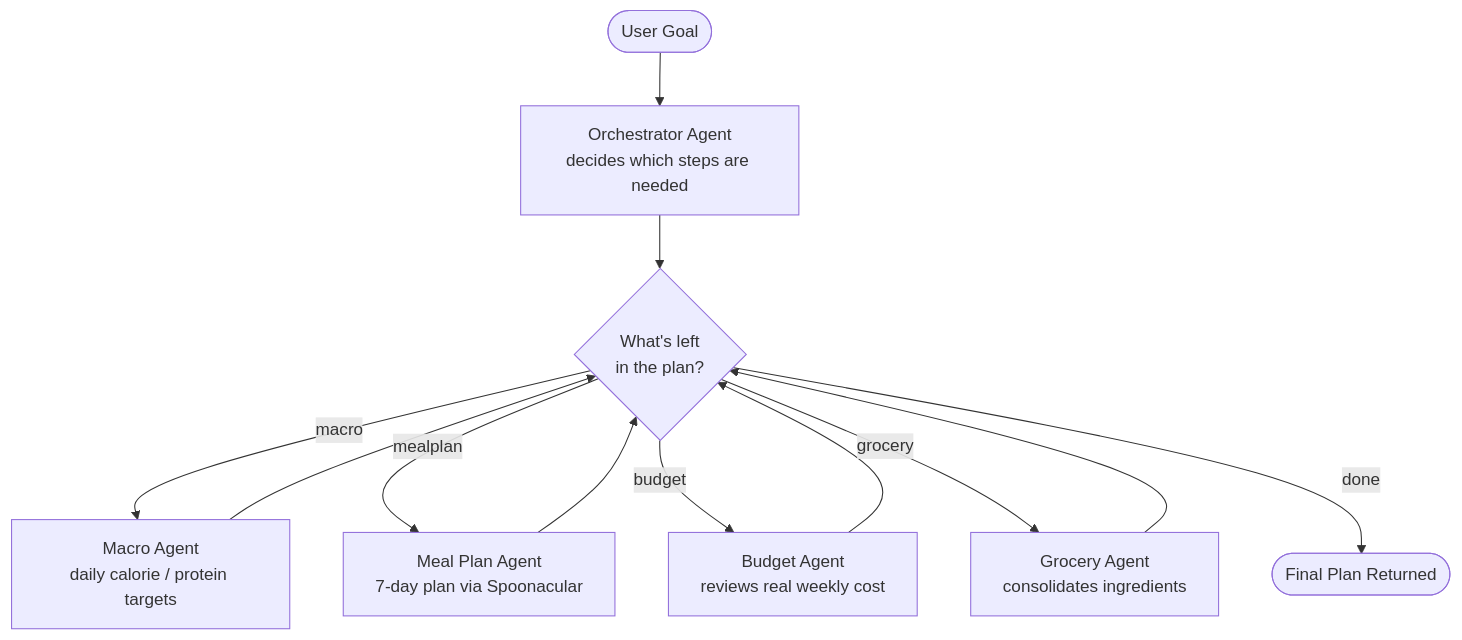
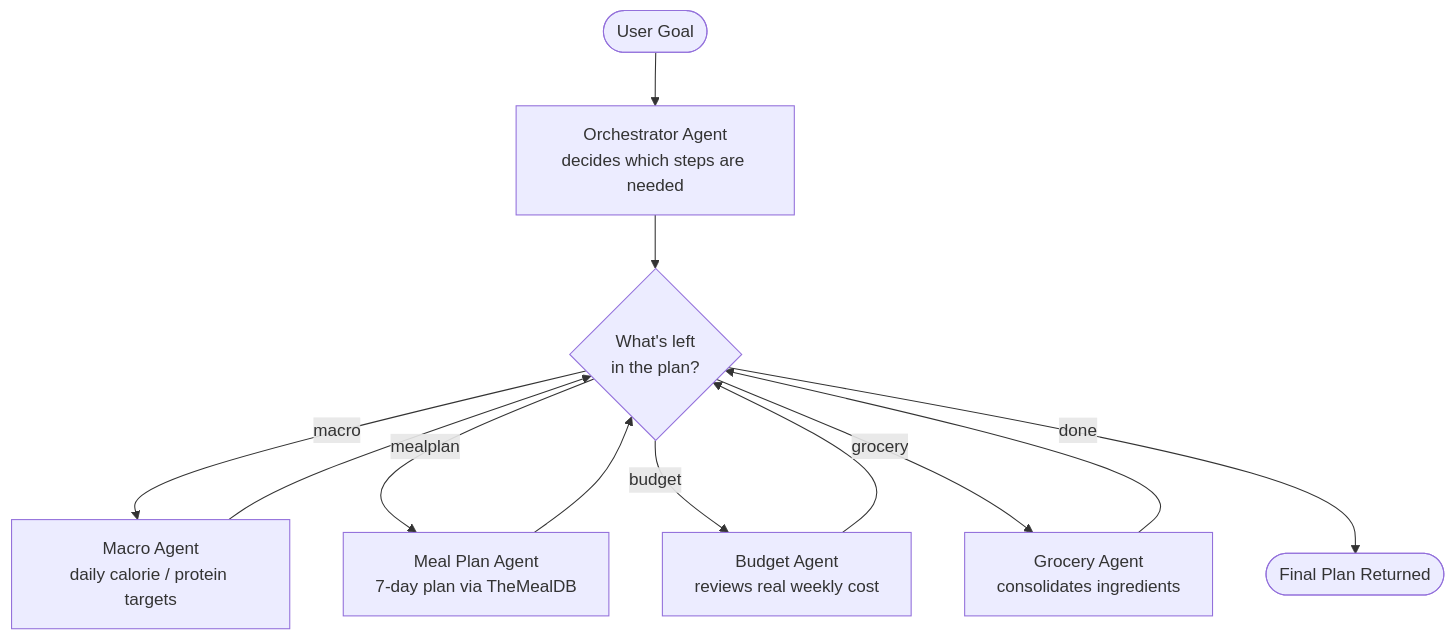
The diagram in README.md (shabana-qasemi/Prep-Agent), drawn with Mermaid before and after one commit. The commit also changed other lines of this file and 21 other files, not shown here.

````diff
--- a/README.md
+++ b/README.md
@@ -11,14 +11,14 @@
 ```mermaid
 flowchart TD
     START(["User Goal"]) --> ORCH["Orchestrator Agent<br/>decides which steps are needed"]
     ORCH --> ROUTER{"What's left<br/>in the plan?"}
     ROUTER -->|macro| MACRO["Macro Agent<br/>daily calorie / protein targets"]
-    ROUTER -->|mealplan| MEALPLAN["Meal Plan Agent<br/>7-day plan via Spoonacular"]
+    ROUTER -->|mealplan| MEALPLAN["Meal Plan Agent<br/>7-day plan via TheMealDB"]
     ROUTER -->|budget| BUDGET["Budget Agent<br/>reviews real weekly cost"]
     ROUTER -->|grocery| GROCERY["Grocery Agent<br/>consolidates ingredients"]
     ROUTER -->|done| DONE(["Final Plan Returned"])
     MACRO --> ROUTER
     MEALPLAN --> ROUTER
     BUDGET --> ROUTER
     GROCERY --> ROUTER
 ```
````
